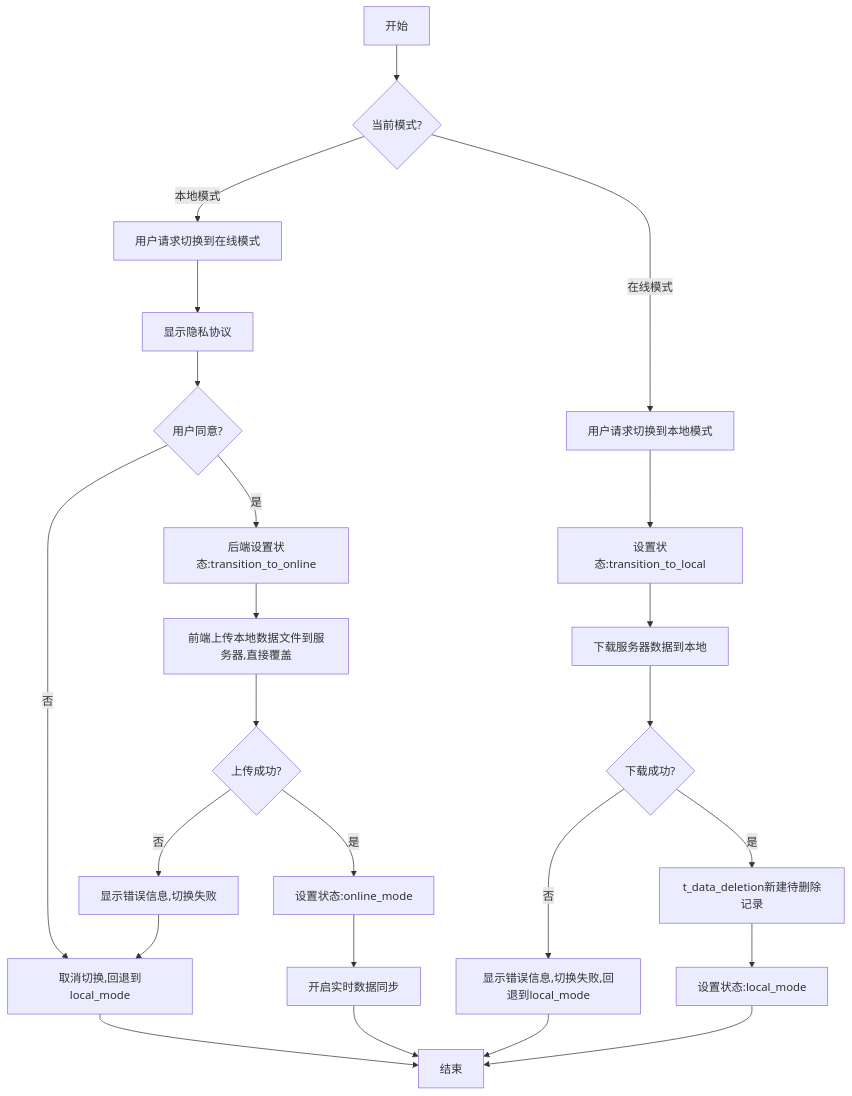
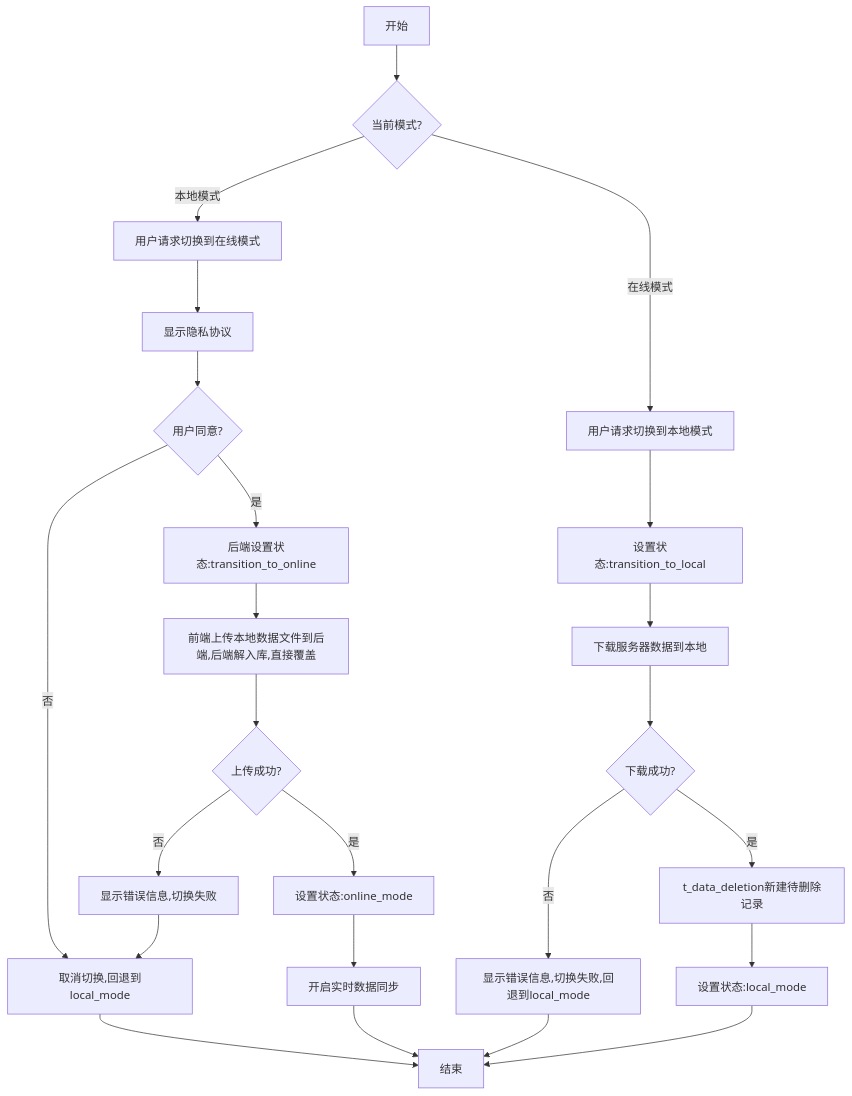
The diagram in all/未命名-58.md (yingjianzh/iodraw-files), drawn with Mermaid before and after one commit.

Commit message:
2025-05-14 09:37:42 update

````diff
--- a/all/未命名-58.md
+++ b/all/未命名-58.md
@@ -1,33 +1,33 @@
 ```mermaid
 
 flowchart TD
     A[开始] --> B{当前模式?}
     
     B -->|本地模式| C[用户请求切换到在线模式]
     C --> F[显示隐私协议]
     F --> G{用户同意?}
     G -->|否| H[取消切换,回退到local_mode]
     H --> Z[结束]
     G -->|是| I[后端设置状态:transition_to_online]
-    I --> O[前端上传本地数据文件到服务器,直接覆盖]
+    I --> O[前端上传本地数据文件到后端,后端解入库,直接覆盖]
     O --> P{上传成功?}
     P -->|否| Q[显示错误信息,切换失败]
     Q --> H
     P -->|是| R[设置状态:online_mode]
     R --> S[开启实时数据同步]
     S --> Z
     
     B -->|在线模式| T[用户请求切换到本地模式]
     T --> U[设置状态:transition_to_local]
     U --> X[下载服务器数据到本地]
     X --> Y{下载成功?}
     Y -->|否| AA2[显示错误信息,切换失败,回退到local_mode]
     AA2 --> Z
     Y -->|是| AB2[t_data_deletion新建待删除记录]
 
 
 
     AB2 -->AE[设置状态:local_mode]
     AE --> Z
 
 ```
````
